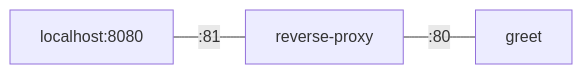
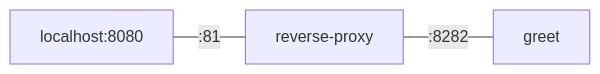
One commit to evolutics/kerek changed the first of 2 diagrams in README.md. Above: the diagram before and after it, drawn with Mermaid. The commit also changed 3 other files, not shown here.

````diff
--- a/README.md
+++ b/README.md
@@ -87,4 +87,4 @@
 ```mermaid
 flowchart LR
-    localhost:8080 ---|:81| reverse-proxy ---|:80| greet
+    localhost:8080 ---|:81| reverse-proxy ---|:8282| greet
 ```
````
